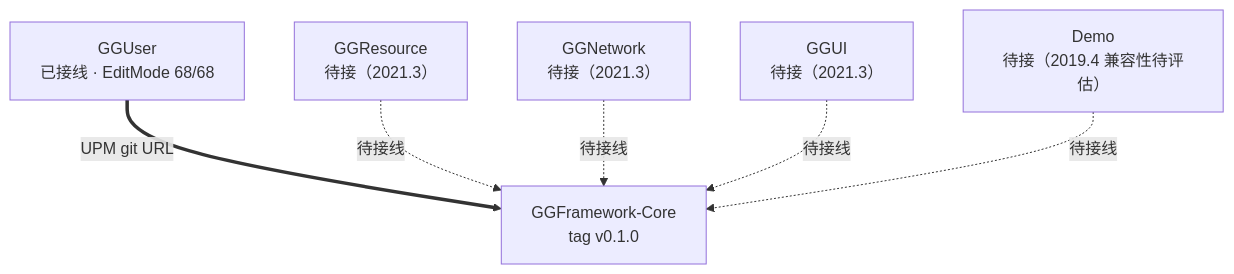
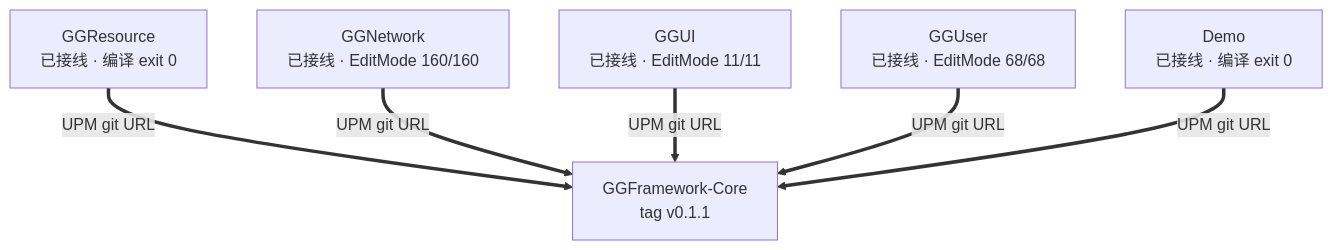
One commit to gonglei007/GGFramework-Docs changed the second of 3 diagrams in architecture/architecture-diagram.md. Above: the diagram before and after it, drawn with Mermaid. The commit also changed other lines of this file and 6 other files, not shown here.

````diff
--- a/architecture/architecture-diagram.md
+++ b/architecture/architecture-diagram.md
@@ -71,16 +71,16 @@
 ```mermaid
 graph TD
-    Core["GGFramework-Core<br/>tag v0.1.0"]
+    Core["GGFramework-Core<br/>tag v0.1.1"]
 
+    GGResource["GGResource<br/>已接线 · 编译 exit 0"]
+    GGNetwork["GGNetwork<br/>已接线 · EditMode 160/160"]
+    GGUI["GGUI<br/>已接线 · EditMode 11/11"]
     GGUser["GGUser<br/>已接线 · EditMode 68/68"]
-    GGResource["GGResource<br/>待接（2021.3）"]
-    GGNetwork["GGNetwork<br/>待接（2021.3）"]
-    GGUI["GGUI<br/>待接（2021.3）"]
-    Demo["Demo<br/>待接（2019.4 兼容性待评估）"]
+    Demo["Demo<br/>已接线 · 编译 exit 0"]
 
+    GGResource ==>|UPM git URL| Core
+    GGNetwork ==>|UPM git URL| Core
+    GGUI ==>|UPM git URL| Core
     GGUser ==>|UPM git URL| Core
-    GGResource -.->|待接线| Core
-    GGNetwork -.->|待接线| Core
-    GGUI -.->|待接线| Core
-    Demo -.->|待接线| Core
+    Demo ==>|UPM git URL| Core
 ```
````
